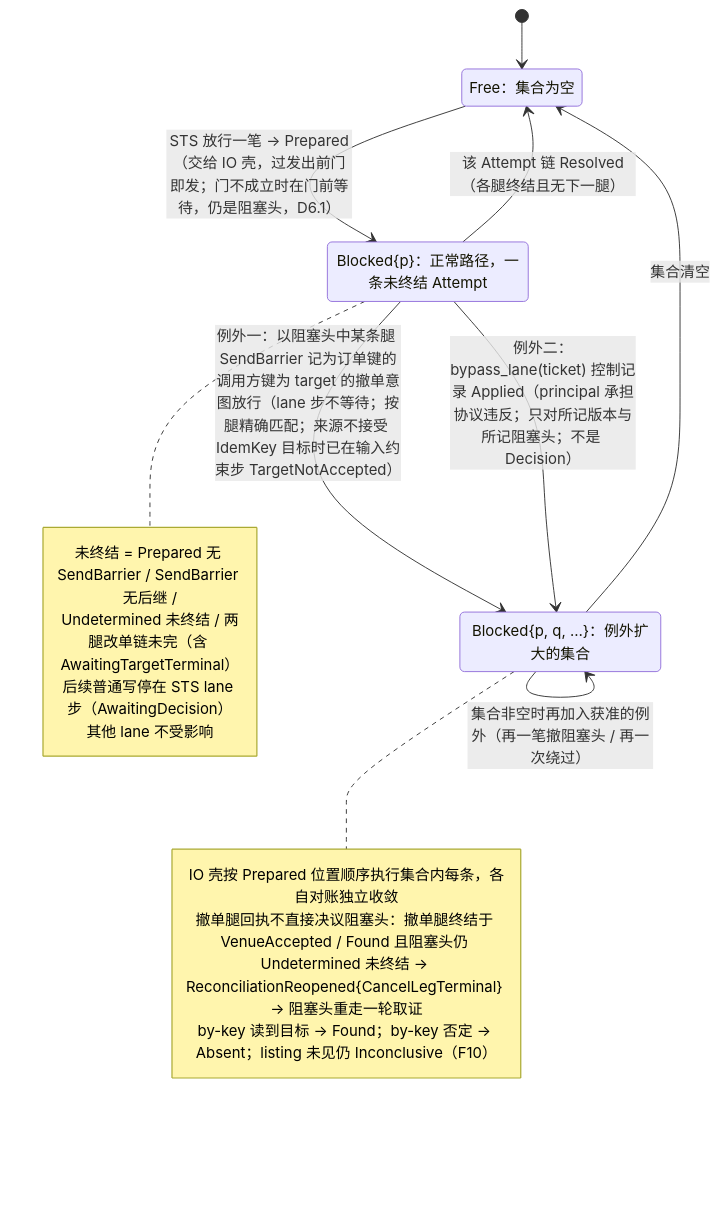
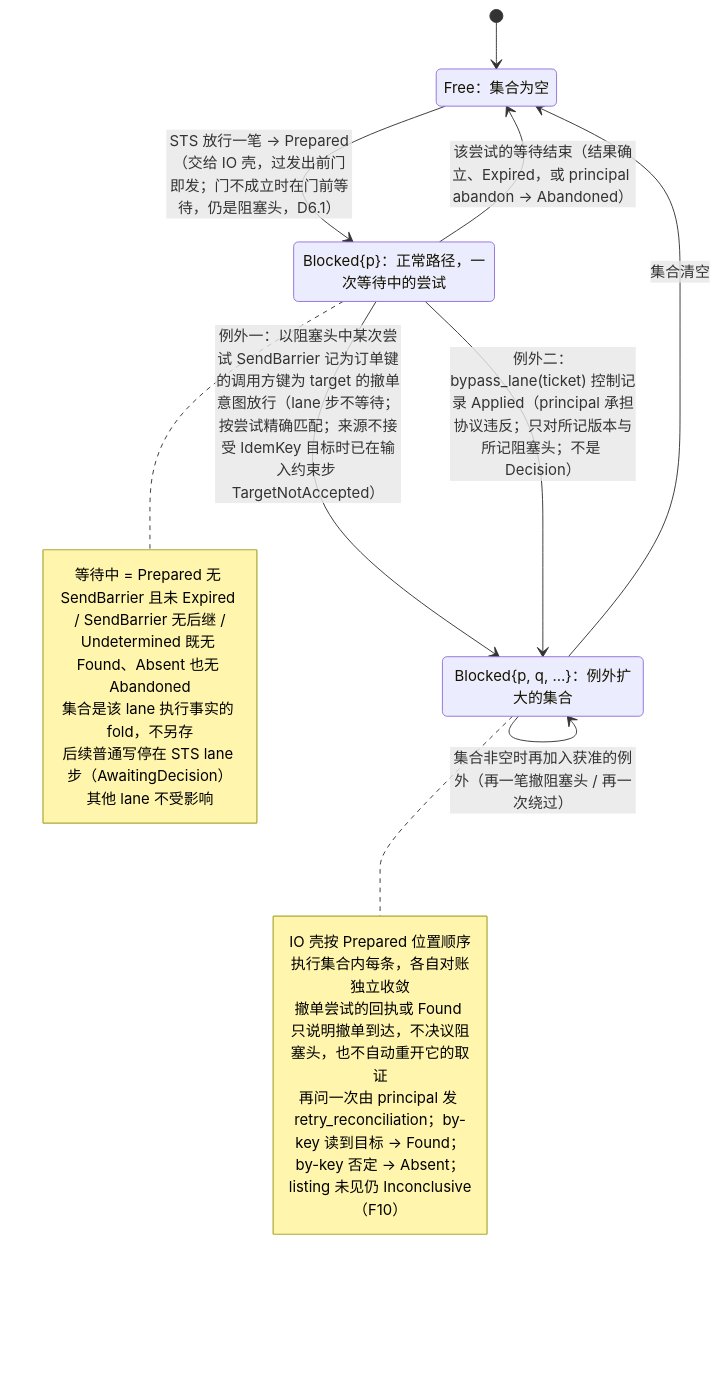
The fourth of 6 diagrams in design/diagrams/05-ticket-and-sts.md (mouriya-s-lab/uta), drawn with Mermaid before and after one commit. The commit also changed other lines of this file and 12 other files, not shown here.

Commit message:
design: write redraw — single-write attempts (atomic Replace or Unsupported), abandon replaces resolve, NotSent, capability-not-established wait, core-minted keys, RuleState as fold, integration-judged key windows, no core call timeout

````diff
--- a/design/diagrams/05-ticket-and-sts.md
+++ b/design/diagrams/05-ticket-and-sts.md
@@ -127,25 +131,26 @@
 ```mermaid
 stateDiagram-v2
   state "Free：集合为空" as Free
-  state "Blocked{p}：正常路径，一条未终结 Attempt" as B1
+  state "Blocked{p}：正常路径，一次等待中的尝试" as B1
   state "Blocked{p, q, …}：例外扩大的集合" as BN
   [*] --> Free
   Free --> B1 : STS 放行一笔 → Prepared（交给 IO 壳，过发出前门即发；门不成立时在门前等待，仍是阻塞头，D6.1）
-  B1 --> Free : 该 Attempt 链 Resolved（各腿终结且无下一腿）
-  B1 --> BN : 例外一：以阻塞头中某条腿 SendBarrier 记为订单键的调用方键为 target 的撤单意图放行（lane 步不等待；按腿精确匹配；来源不接受 IdemKey 目标时已在输入约束步 TargetNotAccepted）
+  B1 --> Free : 该尝试的等待结束（结果确立、Expired，或 principal abandon → Abandoned）
+  B1 --> BN : 例外一：以阻塞头中某次尝试 SendBarrier 记为订单键的调用方键为 target 的撤单意图放行（lane 步不等待；按尝试精确匹配；来源不接受 IdemKey 目标时已在输入约束步 TargetNotAccepted）
   B1 --> BN : 例外二：bypass_lane(ticket) 控制记录 Applied（principal 承担协议违反；只对所记版本与所记阻塞头；不是 Decision）
-  BN --> BN : 集合内任一链 Resolved 但集合非空（只移出自己）
+  BN --> BN : 集合内任一尝试的等待结束但集合非空（只移出自己）
   BN --> BN : 集合非空时再加入获准的例外（再一笔撤阻塞头 / 再一次绕过）
   BN --> Free : 集合清空
   note right of B1
-    未终结 = Prepared 无 SendBarrier / SendBarrier 无后继 /
-    Undetermined 未终结 / 两腿改单链未完（含 AwaitingTargetTerminal）
+    等待中 = Prepared 无 SendBarrier 且未 Expired / SendBarrier 无后继 /
+    Undetermined 既无 Found、Absent 也无 Abandoned
+    集合是该 lane 执行事实的 fold，不另存
     后续普通写停在 STS lane 步（AwaitingDecision）
     其他 lane 不受影响
   end note
   note right of BN
     IO 壳按 Prepared 位置顺序执行集合内每条，各自对账独立收敛
-    撤单腿回执不直接决议阻塞头：撤单腿终结于 VenueAccepted / Found 且阻塞头仍 Undetermined 未终结 → ReconciliationReopened{CancelLegTerminal} → 阻塞头重走一轮取证
-    by-key 读到目标 → Found；by-key 否定 → Absent；listing 未见仍 Inconclusive（F10）
+    撤单尝试的回执或 Found 只说明撤单到达，不决议阻塞头，也不自动重开它的取证
+    再问一次由 principal 发 retry_reconciliation；by-key 读到目标 → Found；by-key 否定 → Absent；listing 未见仍 Inconclusive（F10）
   end note
 ```
````
